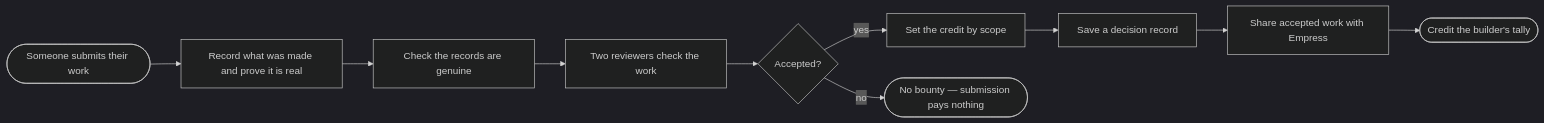
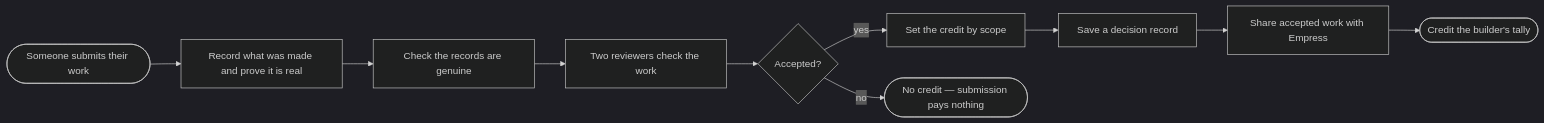
The fourth of 24 diagrams in docs/contribution-economy/README.md (vijayee/resonantdao-example), drawn with Mermaid (dark theme) before and after one commit. The commit also changed other lines of this file and 4 other files, not shown here.

````diff
--- a/docs/contribution-economy/README.md
+++ b/docs/contribution-economy/README.md
@@ -127,7 +127,7 @@
 ```mermaid
 flowchart LR
   S([Someone submits their work]) --> EV[Record what was made and prove it is real] --> PR[Check the records are genuine]
   PR --> AC[Two reviewers check the work] --> G{Accepted?}
   G -->|yes| SC[Set the credit by scope] --> RC[Save a decision record] --> F3[Share accepted work with Empress] --> PAID([Credit the builder's tally])
-  G -->|no| NONE([No bounty — submission pays nothing])
+  G -->|no| NONE([No credit — submission pays nothing])
 ```
````
